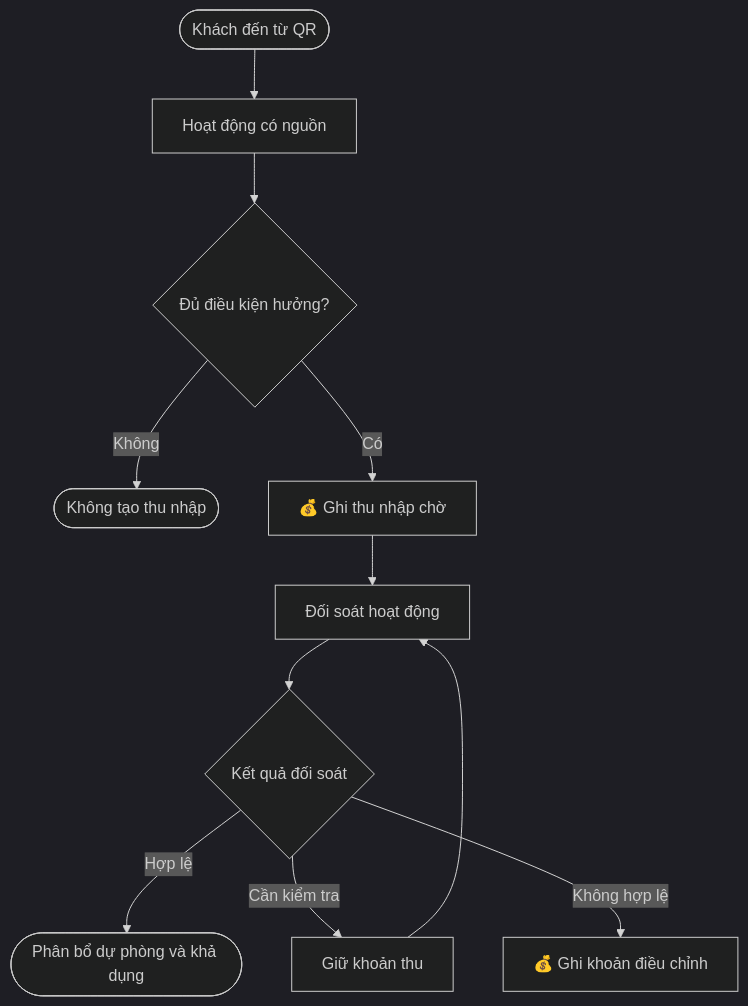
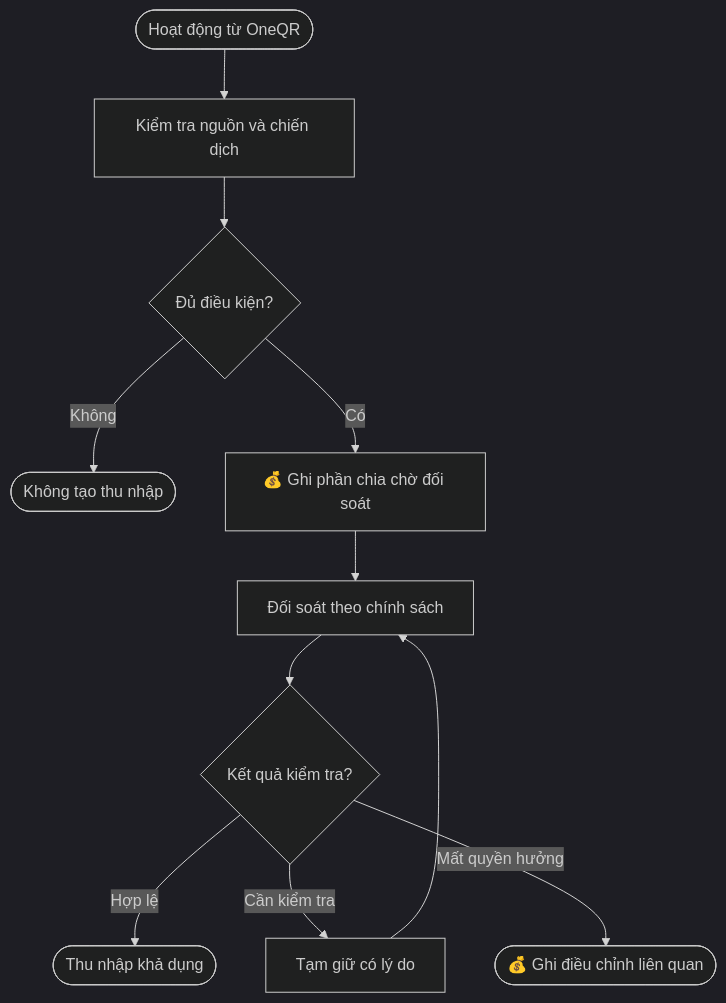
One commit to maivtn/taxiq changed the second of 5 diagrams in docs/business/business-oneqr-earnings.md. Above: the diagram before and after it, drawn with Mermaid (dark theme). The commit also changed other lines of this file, not shown here.

Commit message:
docs: align OneQR earnings business rules with PO sources

````diff
--- a/docs/business/business-oneqr-earnings.md
+++ b/docs/business/business-oneqr-earnings.md
@@ -116,13 +133,13 @@
 ```mermaid
 flowchart TD
-    A([Khách đến từ QR]) --> B[Hoạt động có nguồn]
-    B --> C{Đủ điều kiện hưởng?}
+    A([Hoạt động từ OneQR]) --> B[Kiểm tra nguồn và chiến dịch]
+    B --> C{Đủ điều kiện?}
     C -- Không --> D([Không tạo thu nhập])
-    C -- Có --> E[💰 Ghi thu nhập chờ]
-    E --> F[Đối soát hoạt động]
-    F --> G{Kết quả đối soát}
-    G -- Hợp lệ --> H([Phân bổ dự phòng và khả dụng])
-    G -- Cần kiểm tra --> I[Giữ khoản thu]
+    C -- Có --> E[💰 Ghi phần chia chờ đối soát]
+    E --> F[Đối soát theo chính sách]
+    F --> G{Kết quả kiểm tra?}
+    G -- Hợp lệ --> H([Thu nhập khả dụng])
+    G -- Cần kiểm tra --> I[Tạm giữ có lý do]
     I --> F
-    G -- Không hợp lệ --> J[💰 Ghi khoản điều chỉnh]
+    G -- Mất quyền hưởng --> J([💰 Ghi điều chỉnh liên quan])
 ```
````
